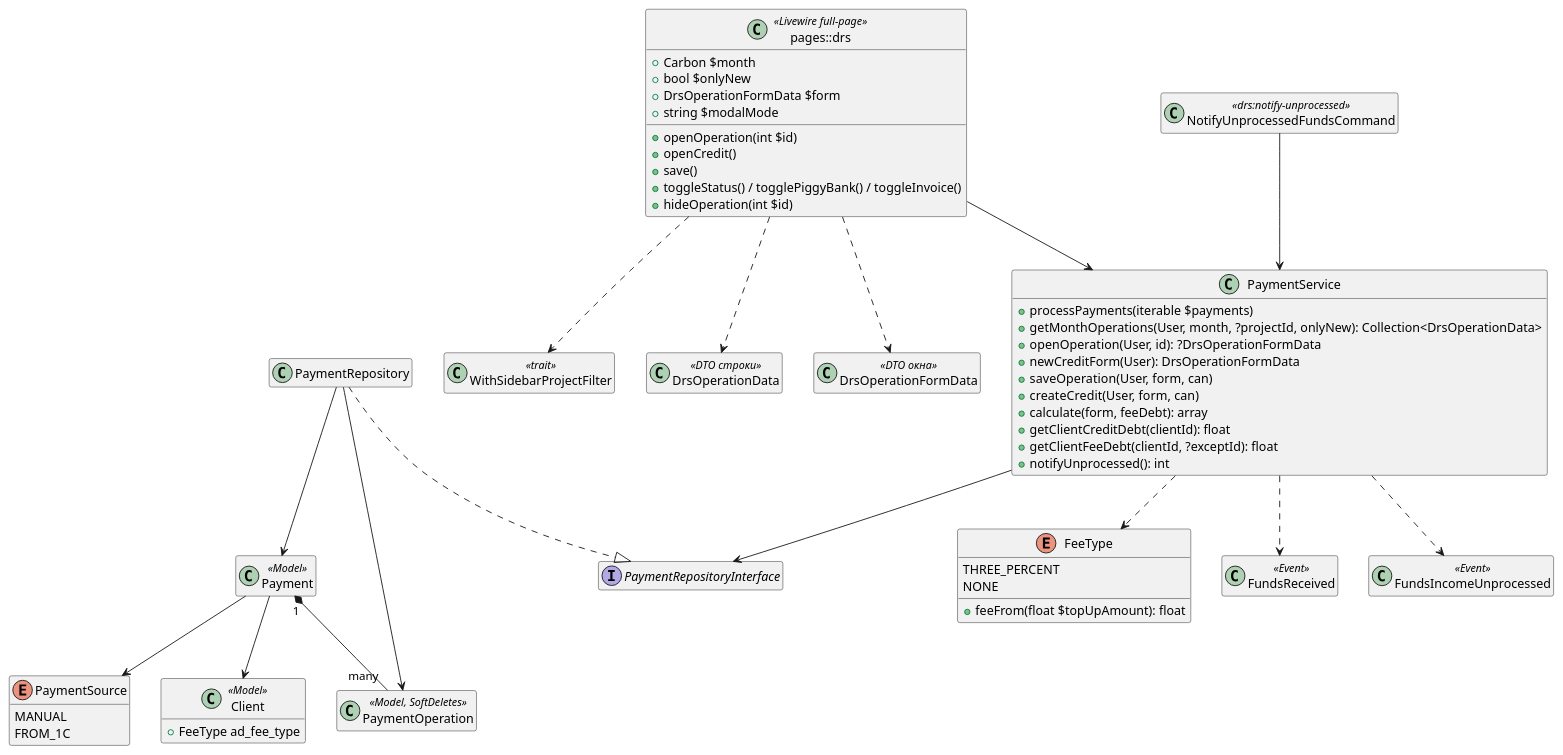
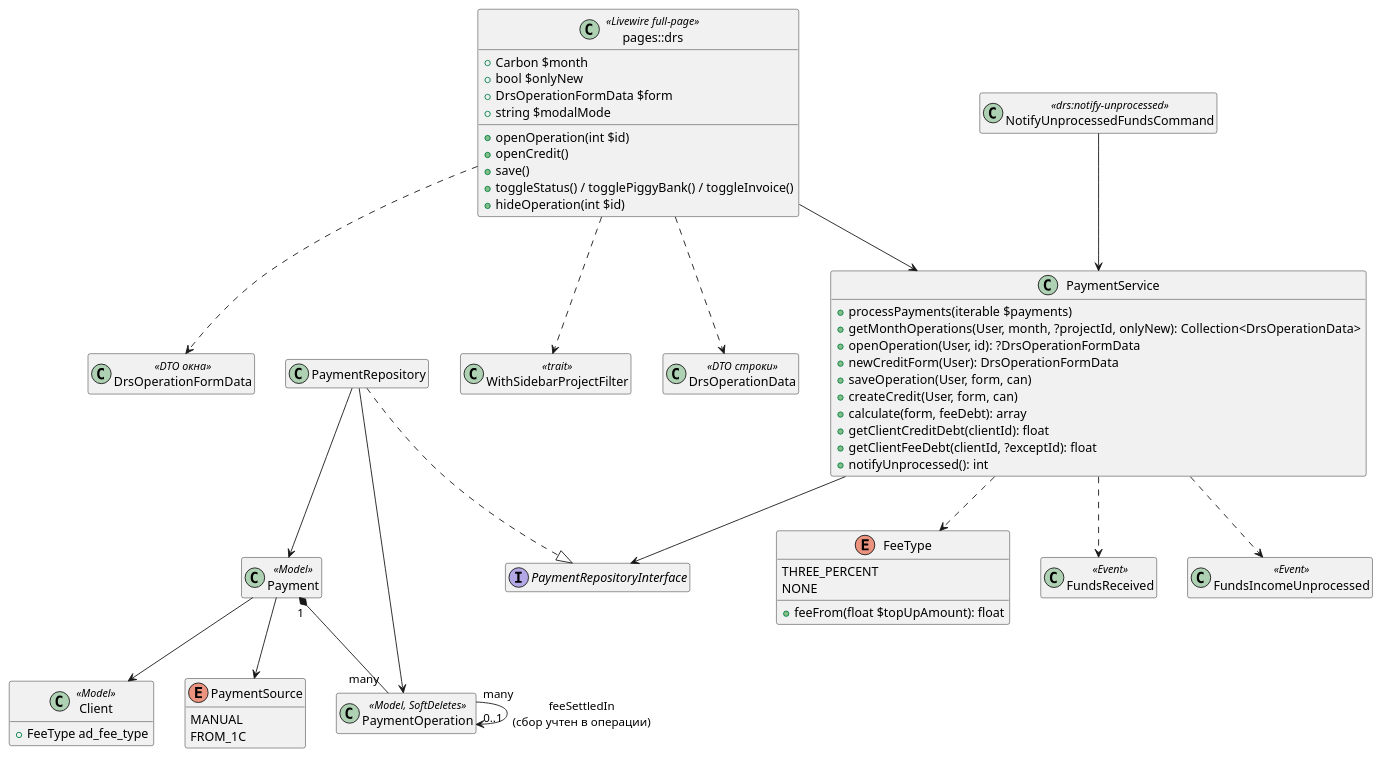
One commit to Respayn/casini changed the diagram in docs/diagrams/drs/code_components.wsd. Above: the diagram before and after it, drawn with PlantUML. The commit also changed 11 other files, not shown here.

```diff
--- a/docs/diagrams/drs/code_components.wsd
+++ b/docs/diagrams/drs/code_components.wsd
@@ -1,75 +1,76 @@
 @startuml DRS - Code Components
 
 hide empty members
 
 enum FeeType {
     THREE_PERCENT
     NONE
     + feeFrom(float $topUpAmount): float
 }
 
 enum PaymentSource {
     MANUAL
     FROM_1C
 }
 
 class "pages::drs" as DrsPage <<Livewire full-page>> {
     + Carbon $month
     + bool $onlyNew
     + DrsOperationFormData $form
     + string $modalMode
     + openOperation(int $id)
     + openCredit()
     + save()
     + toggleStatus() / togglePiggyBank() / toggleInvoice()
     + hideOperation(int $id)
 }
 
 class WithSidebarProjectFilter <<trait>>
 
 class DrsOperationData <<DTO строки>>
 class DrsOperationFormData <<DTO окна>>
 
 class PaymentService {
     + processPayments(iterable $payments)
     + getMonthOperations(User, month, ?projectId, onlyNew): Collection<DrsOperationData>
     + openOperation(User, id): ?DrsOperationFormData
     + newCreditForm(User): DrsOperationFormData
     + saveOperation(User, form, can)
     + createCredit(User, form, can)
     + calculate(form, feeDebt): array
     + getClientCreditDebt(clientId): float
     + getClientFeeDebt(clientId, ?exceptId): float
     + notifyUnprocessed(): int
 }
 
 interface PaymentRepositoryInterface
 class PaymentRepository
 
 class Payment <<Model>>
 class PaymentOperation <<Model, SoftDeletes>>
 class Client <<Model>> {
     + FeeType ad_fee_type
 }
 
 class NotifyUnprocessedFundsCommand <<drs:notify-unprocessed>>
 class FundsReceived <<Event>>
 class FundsIncomeUnprocessed <<Event>>
 
 DrsPage ..> WithSidebarProjectFilter
 DrsPage --> PaymentService
 DrsPage ..> DrsOperationData
 DrsPage ..> DrsOperationFormData
 PaymentService --> PaymentRepositoryInterface
 PaymentRepository ..|> PaymentRepositoryInterface
 PaymentRepository --> Payment
 PaymentRepository --> PaymentOperation
 Payment --> Client
 Payment --> PaymentSource
 Payment "1" *-- "many" PaymentOperation
+PaymentOperation "many" --> "0..1" PaymentOperation : feeSettledIn\n(сбор учтен в операции)
 PaymentService ..> FeeType
 PaymentService ..> FundsReceived
 PaymentService ..> FundsIncomeUnprocessed
 NotifyUnprocessedFundsCommand --> PaymentService
 
 @enduml
```
